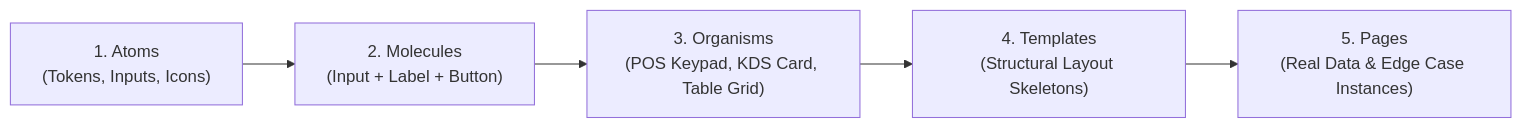
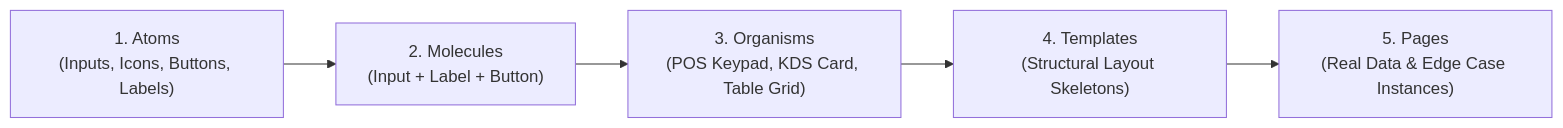
Before and after one commit to uosf19/enterprise-system-design-skill: the diagram in references/02-atomic-design.md, drawn with Mermaid. The commit also changed other lines of this file and 20 other files, not shown here.

````diff
--- a/references/02-atomic-design.md
+++ b/references/02-atomic-design.md
@@ -15,7 +15,7 @@
 ```mermaid
 flowchart LR
-    A["1. Atoms<br/>(Tokens, Inputs, Icons)"] --> M["2. Molecules<br/>(Input + Label + Button)"]
+    A["1. Atoms<br/>(Inputs, Icons, Buttons, Labels)"] --> M["2. Molecules<br/>(Input + Label + Button)"]
     M --> O["3. Organisms<br/>(POS Keypad, KDS Card, Table Grid)"]
     O --> T["4. Templates<br/>(Structural Layout Skeletons)"]
     T --> P["5. Pages<br/>(Real Data & Edge Case Instances)"]
 ```
````
